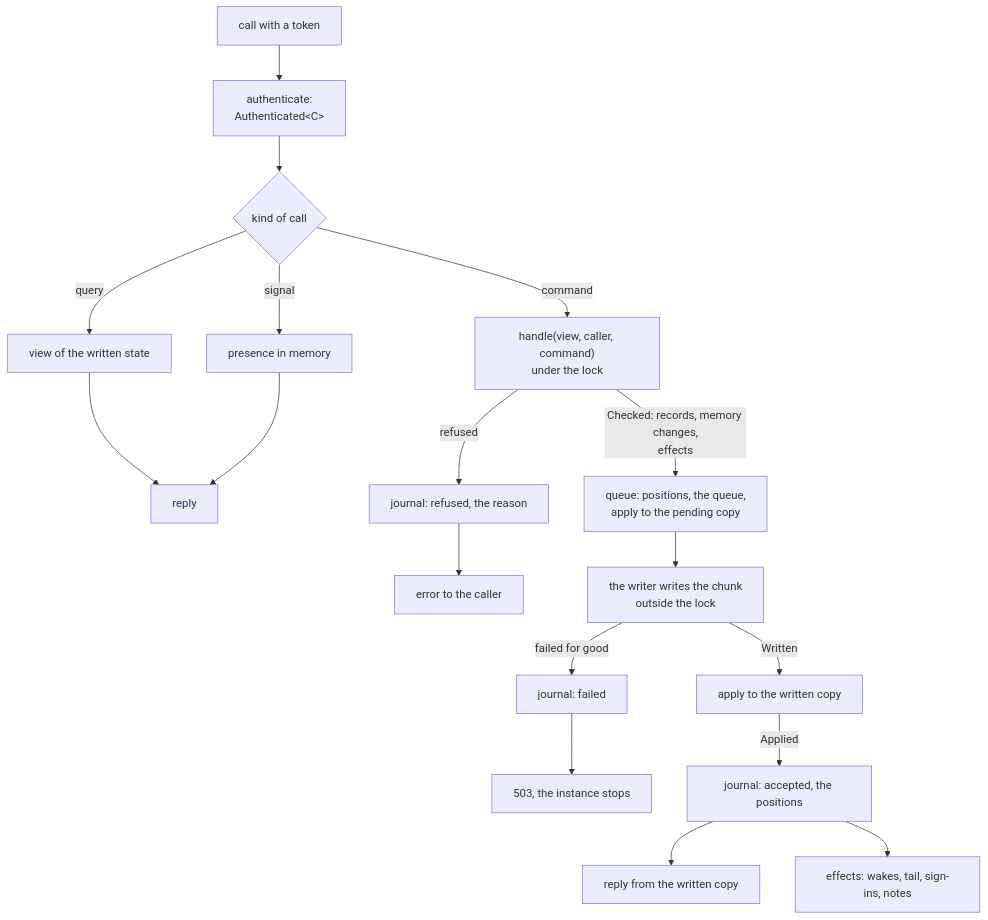
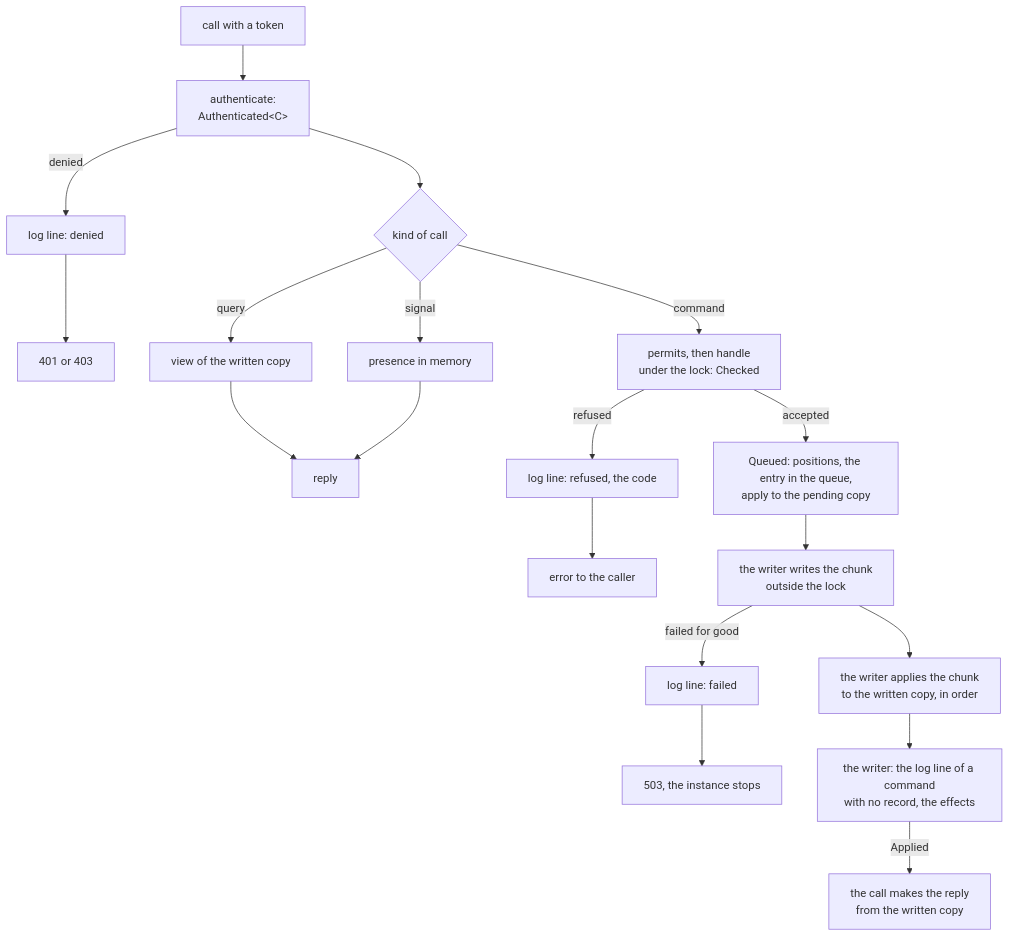
One commit to como-technologies/riff changed the first of 3 diagrams in docs/src/design-engine.md. Above: the diagram before and after it, drawn with Mermaid. The commit also changed other lines of this file and 1 other file, not shown here.

First line of the commit message:
The design of the command engine after the reviews (#386)

````diff
--- a/docs/src/design-engine.md
+++ b/docs/src/design-engine.md
@@ -37,16 +37,16 @@
 ```mermaid
 flowchart TD
     C[call with a token] --> A["authenticate:<br/>Authenticated&lt;C&gt;"]
+    A -->|denied| D[log line: denied] --> E0[401 or 403]
     A --> K{kind of call}
-    K -->|query| Q["view of the written state"] --> QR[reply]
+    K -->|query| Q["view of the written copy"] --> QR[reply]
     K -->|signal| P["presence in memory"] --> QR
-    K -->|command| H["handle(view, caller, command)<br/>under the lock"]
-    H -->|refused| J1[journal: refused, the reason] --> E[error to the caller]
-    H -->|"Checked: records, memory changes,<br/>effects"| U["queue: positions, the queue,<br/>apply to the pending copy"]
+    K -->|command| H["permits, then handle<br/>under the lock: Checked"]
+    H -->|refused| J1[log line: refused, the code] --> E[error to the caller]
+    H -->|accepted| U["Queued: positions, the entry in the queue,<br/>apply to the pending copy"]
     U --> W["the writer writes the chunk<br/>outside the lock"]
-    W -->|failed for good| J3[journal: failed] --> S[503, the instance stops]
-    W -->|Written| AP["apply to the written copy"]
-    AP -->|Applied| J2[journal: accepted, the positions]
-    J2 --> R[reply from the written copy]
-    J2 --> F[effects: wakes, tail, sign-ins, notes]
+    W -->|failed for good| J3[log line: failed] --> S[503, the instance stops]
+    W --> AP["the writer applies the chunk<br/>to the written copy, in order"]
+    AP --> F["the writer: the log line of a command<br/>with no record, the effects"]
+    F -->|Applied| R[the call makes the reply<br/>from the written copy]
 ```
````
